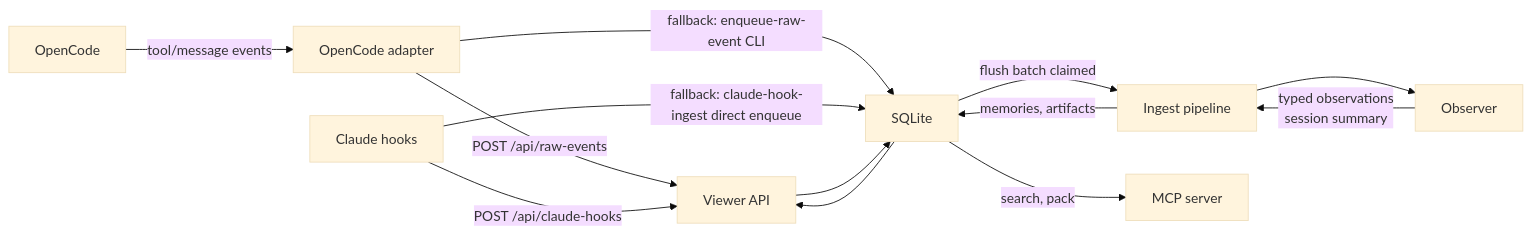
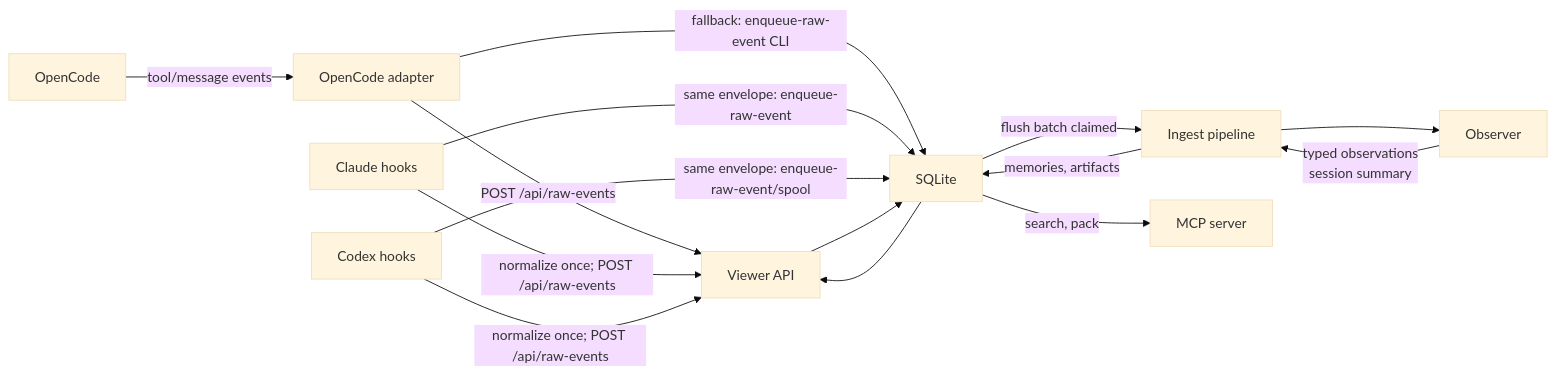
Before and after one commit to vakandi/EliaAgent: the first of 4 diagrams in integrations/codemem/docs/architecture.md, drawn with Mermaid (base theme). The commit also changed other lines of this file and 637 other files, not shown here.

````diff
--- a/integrations/codemem/docs/architecture.md
+++ b/integrations/codemem/docs/architecture.md
@@ -23,15 +23,17 @@
 ```mermaid
 flowchart LR
     OC["OpenCode"] -->|tool/message events| OCA["OpenCode adapter"]
     OCA -->|POST /api/raw-events| VW["Viewer API"]
     OCA -->|fallback: enqueue-raw-event CLI| DB
-    CH["Claude hooks"] -->|POST /api/claude-hooks| VW
-    CH -->|fallback: claude-hook-ingest direct enqueue| DB
+    CH["Claude hooks"] -->|normalize once; POST /api/raw-events| VW
+    CH -->|same envelope: enqueue-raw-event| DB
+    CX["Codex hooks"] -->|normalize once; POST /api/raw-events| VW
+    CX -->|same envelope: enqueue-raw-event/spool| DB
     VW --> DB["SQLite"]
     DB -->|flush batch claimed| IN["Ingest pipeline"]
     IN --> OB["Observer"]
     OB -->|typed observations\nsession summary| IN
     IN -->|memories, artifacts| DB
     DB -->|search, pack| MCP["MCP server"]
     DB --> VW
 ```
````
